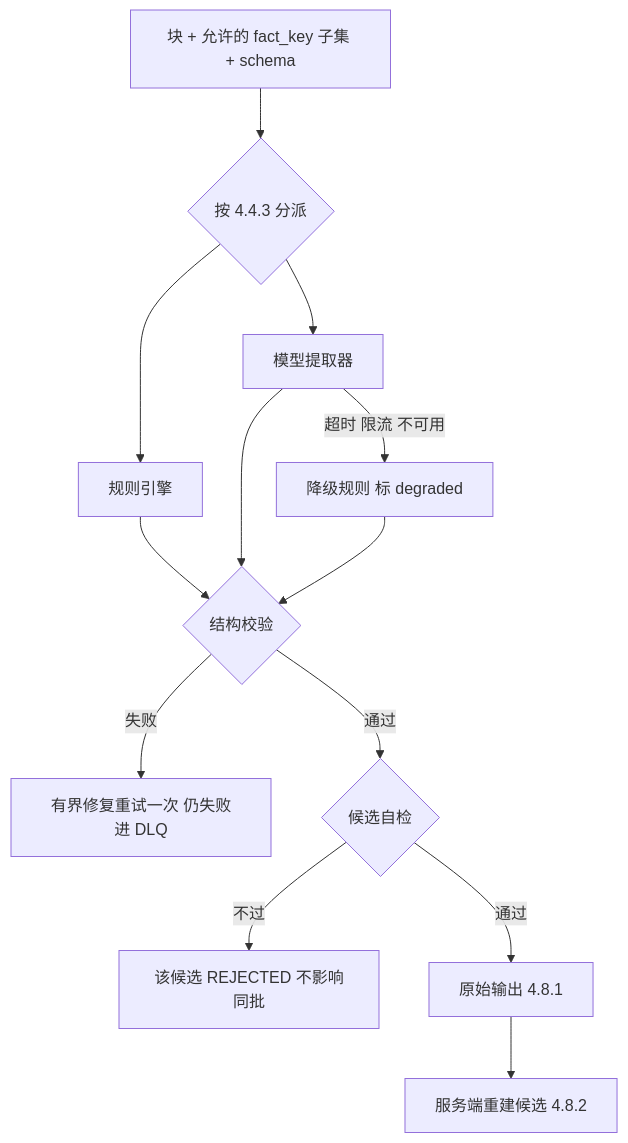
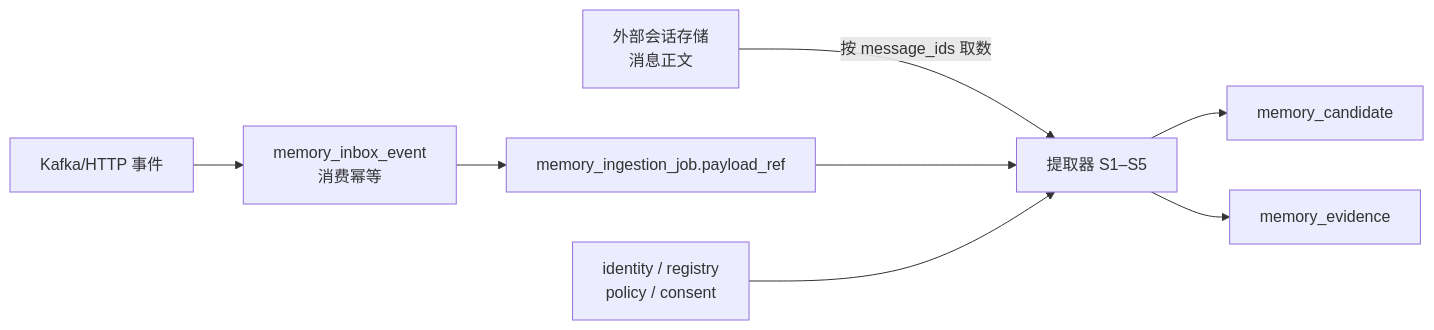
Before and after one commit to luming1617/mms: the eighth of 10 diagrams in docs/2-详细设计/04-记忆抽取.md, drawn with Mermaid. The commit also changed other lines of this file and 37 other files, not shown here.

````diff
--- a/docs/2-详细设计/04-记忆抽取.md
+++ b/docs/2-详细设计/04-记忆抽取.md
@@ -214,15 +268,10 @@
 ```mermaid
-flowchart TD
-  A["块 + 允许的 fact_key 子集 + schema"] --> B{"按 4.4.3 分派"}
-  B --> R["规则引擎"]
-  B --> M["模型提取器"]
-  M -->|超时 限流 不可用| F["降级规则 标 degraded"]
-  R --> V{"结构校验"}
-  M --> V
-  F --> V
-  V -->|失败| E["有界修复重试一次 仍失败进 DLQ"]
-  V -->|通过| C{"候选自检"}
-  C -->|不过| X["该候选 REJECTED 不影响同批"]
-  C -->|通过| O["原始输出 4.8.1"]
-  O --> S["服务端重建候选 4.8.2"]
+flowchart LR
+  K["Kafka/HTTP 事件"] --> I["memory_inbox_event<br/>消费幂等"]
+  I --> J["memory_ingestion_job.payload_ref"]
+  S["外部会话存储<br/>消息正文"] -->|按 message_ids 取数| X["提取器 S1–S5"]
+  J --> X
+  T["identity / registry<br/>policy / consent"] --> X
+  X --> C["memory_candidate"]
+  X --> EV["memory_evidence"]
 ```
````
